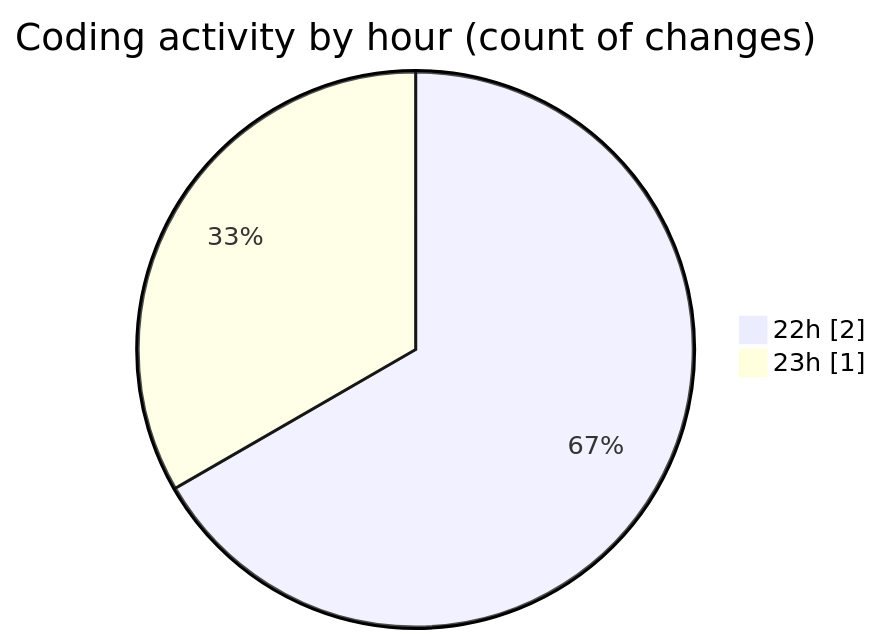
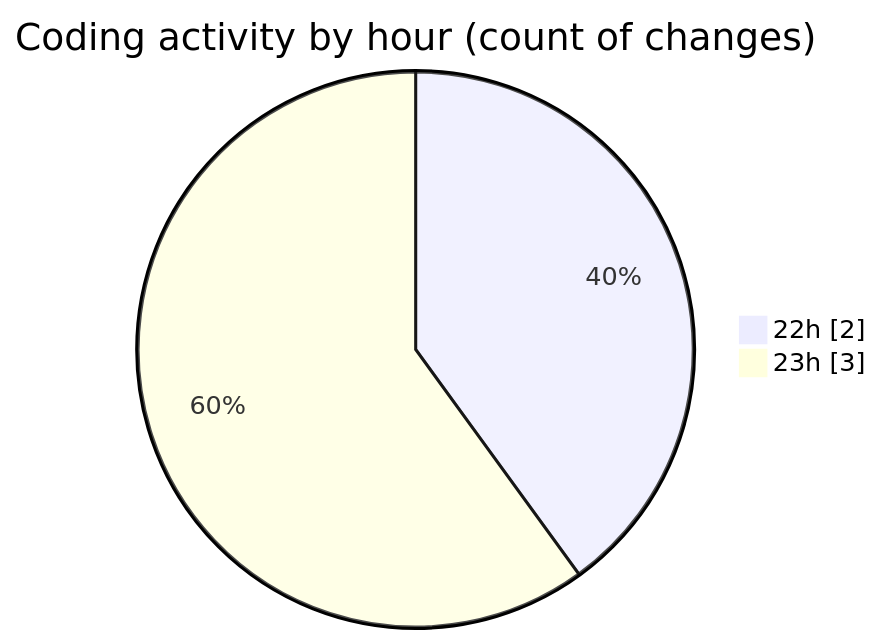
Before and after one commit to lephambinh05/code-tracking: the second of 2 diagrams in 2025-07-29/csdl/README.md, drawn with Mermaid. The commit also changed other lines of this file and 1 other file, not shown here.

````diff
--- a/2025-07-29/csdl/README.md
+++ b/2025-07-29/csdl/README.md
@@ -28,6 +29,6 @@
 ```mermaid
 pie showData
 title Coding activity by hour (count of changes)
 "22h" : 2
-"23h" : 1
+"23h" : 3
 ```
````
